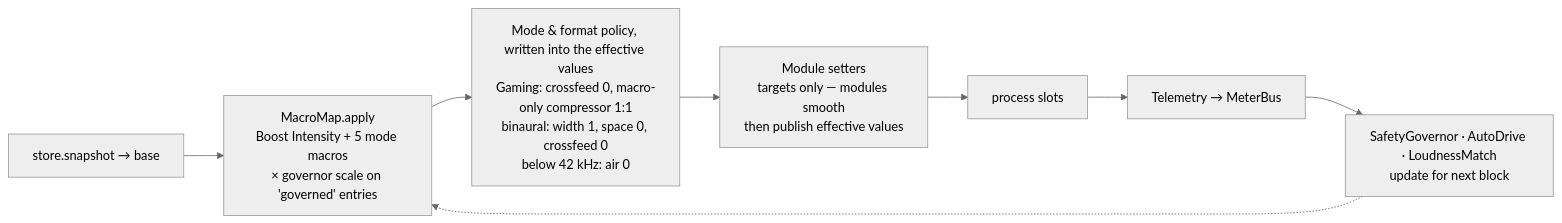
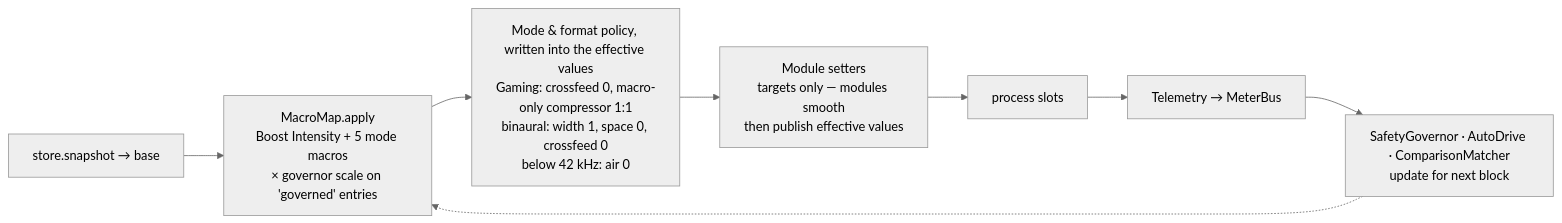
The fourth of 4 diagrams in docs/01-architecture.md (flubydooby-creator/Flubsound), drawn with Mermaid (neutral theme) before and after one commit. The commit also changed other lines of this file and 59 other files, not shown here.

````diff
--- a/docs/01-architecture.md
+++ b/docs/01-architecture.md
@@ -214,10 +216,10 @@
 ```mermaid
 flowchart LR
     A[store.snapshot → base] --> B[MacroMap.apply<br/>Boost Intensity + 5 mode macros<br/>× governor scale on 'governed' entries]
     B --> C[Mode & format policy, written into the effective values<br/>Gaming: crossfeed 0, macro-only compressor 1:1<br/>binaural: width 1, space 0, crossfeed 0<br/>below 42 kHz: air 0]
     C --> D[Module setters<br/>targets only — modules smooth<br/>then publish effective values]
     D --> E[process slots]
     E --> F[Telemetry → MeterBus]
-    F --> G[SafetyGovernor · AutoDrive · LoudnessMatch<br/>update for next block]
+    F --> G[SafetyGovernor · AutoDrive · ComparisonMatcher<br/>update for next block]
     G -.-> B
 ```
````
